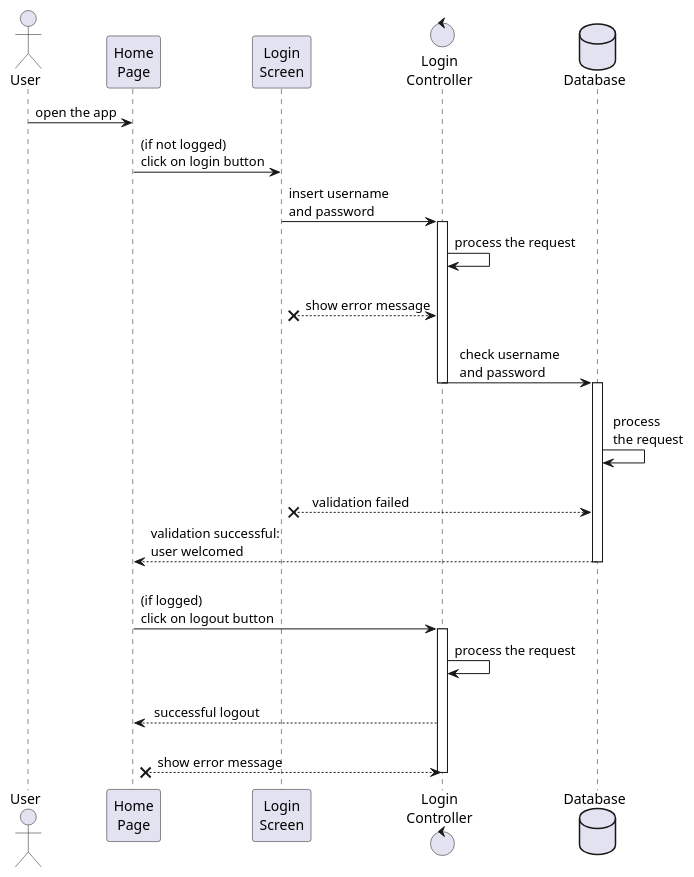
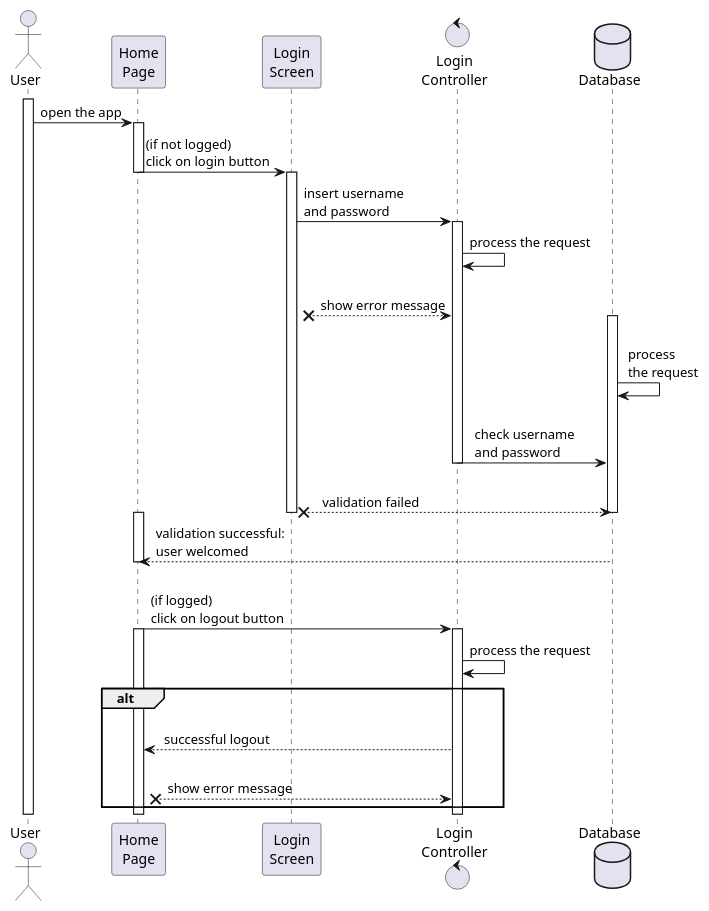
Before and after one commit to TommasoScalici/FoodDelivery: the diagram in src/main/java/unipa/fooddelivery/diagrams/sequence/user/login-logout.wsd, drawn with PlantUML. The commit also changed 1 other file, not shown here.

Commit message:
start to fix sequence diagram

```diff
--- a/src/main/java/unipa/fooddelivery/diagrams/sequence/user/login-logout.wsd
+++ b/src/main/java/unipa/fooddelivery/diagrams/sequence/user/login-logout.wsd
@@ -1,34 +1,51 @@
 @startuml login-logout
 
 actor User
 participant "Home\nPage" as HomePage
 participant "Login\nScreen" as LoginScreen
 control "Login\nController" as LoginController
 database Database
 
-User -> HomePage : open the app
-HomePage -> LoginScreen : (if not logged)\nclick on login button
-LoginScreen -> LoginController : insert username \nand password
+activate User
+    User -> HomePage : open the app
 
-activate LoginController
-LoginController -> LoginController: process the request
-LoginScreen x-- LoginController: \n  show error message
-LoginController -> Database : \n   check username\n   and password
-deactivate LoginController
+    activate HomePage
+    HomePage -> LoginScreen : (if not logged)\nclick on login button
+    deactivate HomePage
+
+    activate LoginScreen
+
+        LoginScreen -> LoginController : insert username \nand password
+        activate LoginController
+        LoginController -> LoginController: process the request
+        LoginScreen x-- LoginController: \n  show error message
+
+        activate Database
+            Database -> Database: \n process\n the request
+            LoginController -> Database : \n   check username\n   and password
+        deactivate LoginController
+        LoginScreen x-- Database: \n    validation failed 
+
+    deactivate LoginScreen
+        deactivate Database
 
 
-activate Database
-Database -> Database: \n process\n the request
-LoginScreen x-- Database: \n    validation failed 
-HomePage <-- Database : validation successful:\nuser welcomed
-deactivate Database
+    activate HomePage
+    HomePage <-- Database : validation successful:\nuser welcomed
+    deactivate HomePage
 
-HomePage -> LoginController: \n(if logged)\nclick on logout button
+    HomePage -> LoginController: \n(if logged)\nclick on logout button
+    activate HomePage
 
-activate LoginController
-LoginController -> LoginController: process the request
-HomePage <-- LoginController: \n successful logout
-HomePage x-- LoginController: \n  show error message
-deactivate LoginController
+        activate LoginController
+            LoginController -> LoginController: process the request
+        alt 
+        HomePage <-- LoginController: \n successful logout
+        HomePage x-- LoginController: \n  show error message
+        end
+        deactivate LoginController
+    deactivate HomePage
+deactivate User
+
 
 @enduml
```
